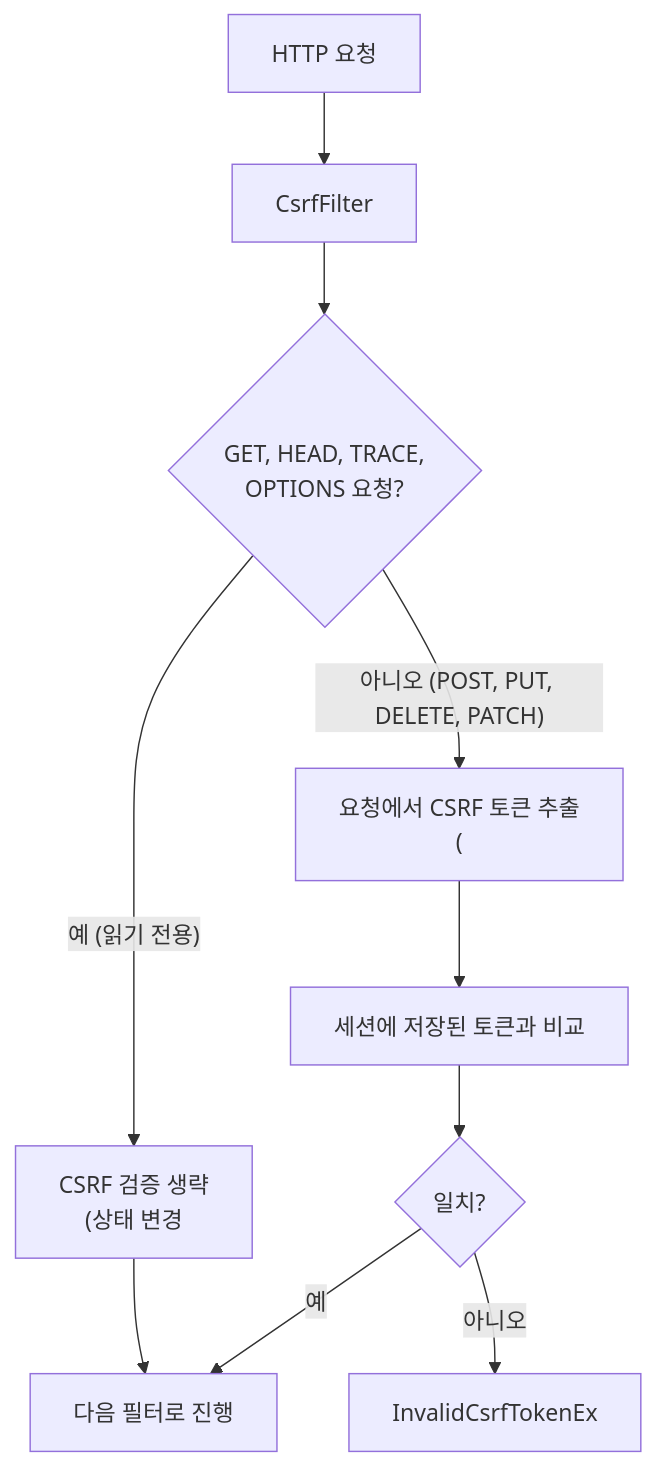
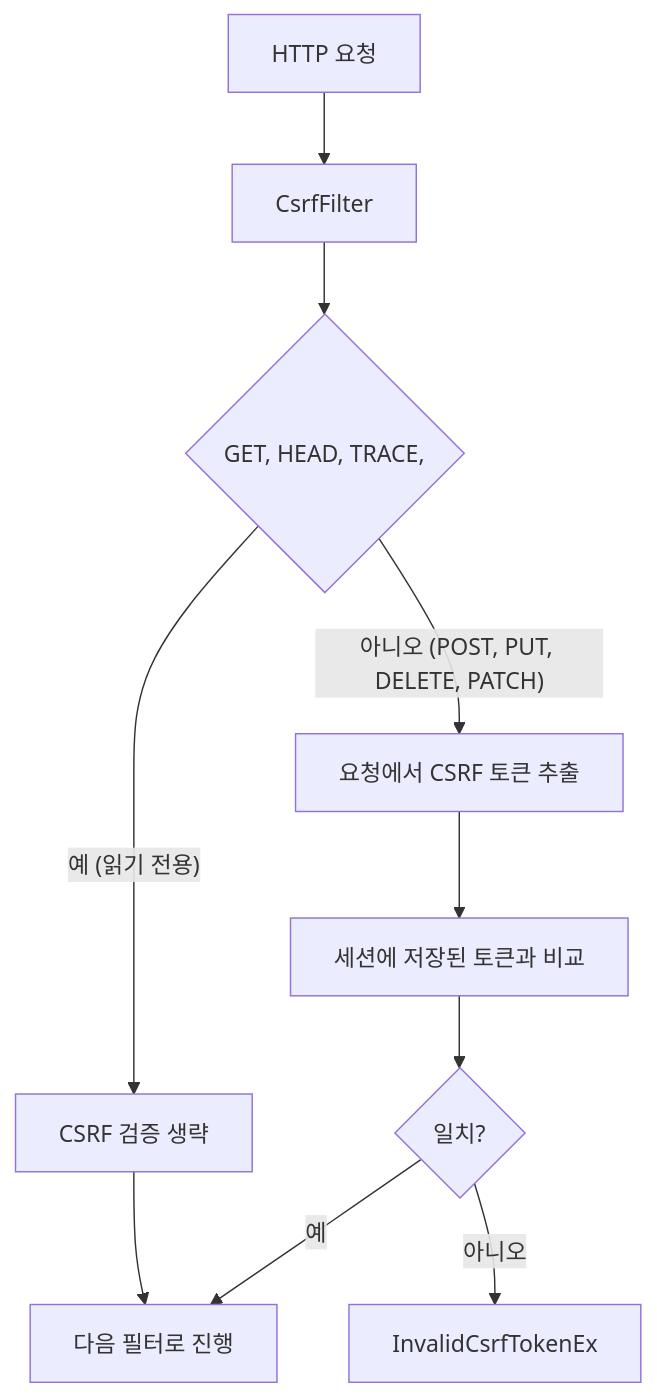
Before and after one commit to yjkim2015/yjkim2015.github.io: the third of 3 diagrams in _posts/security/2021-05-19-사이트 간 요청 위조-CSRF, CsrfFilter.md, drawn with Mermaid. The commit also changed 217 other files, not shown here.

First line of the commit message:
Mermaid 크기 수정: useMaxWidth:true + SVG max-width:100% + 라벨 축소

````diff
--- a/_posts/security/2021-05-19-사이트 간 요청 위조-CSRF, CsrfFilter.md
+++ b/_posts/security/2021-05-19-사이트 간 요청 위조-CSRF, CsrfFilter.md
@@ -162,12 +162,12 @@
 ```mermaid
 flowchart TD
     A["HTTP 요청"] --> B["CsrfFilter"]
-    B --> C{"GET, HEAD, TRACE,\nOPTIONS 요청?"}
-    C -- "예 (읽기 전용)" --> D["CSRF 검증 생략\n(상태 변경"]
-    C -- "아니오 (POST, PUT, DELETE, PATCH)" --> E["요청에서 CSRF 토큰 추출\n("]
+    B --> C{"GET, HEAD, TRACE,"}
+    C -- "예 (읽기 전용)" --> D["CSRF 검증 생략"]
+    C -- "아니오 (POST, PUT, DELETE, PATCH)" --> E["요청에서 CSRF 토큰 추출"]
     E --> F["세션에 저장된 토큰과 비교"]
     F --> G{"일치?"}
     G -- "예" --> H["다음 필터로 진행"]
     G -- "아니오" --> I["InvalidCsrfTokenEx"]
     D --> H
 ```
````
